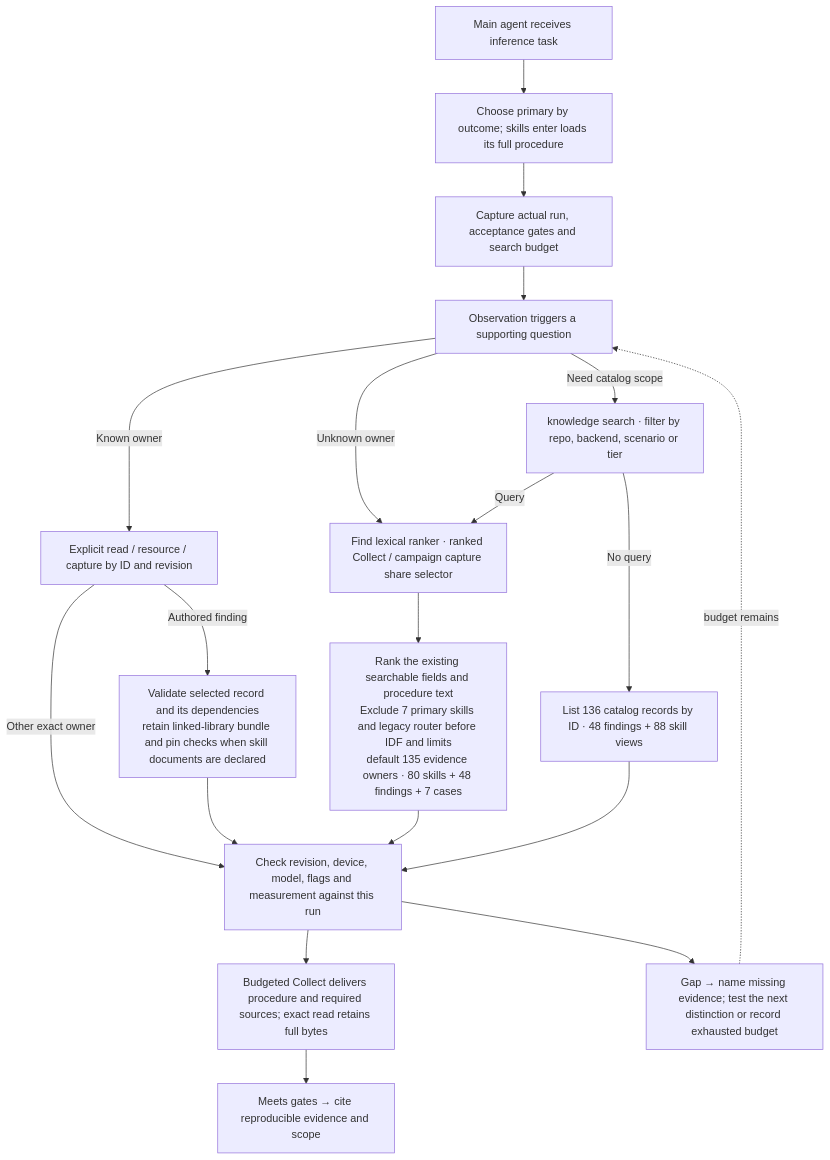
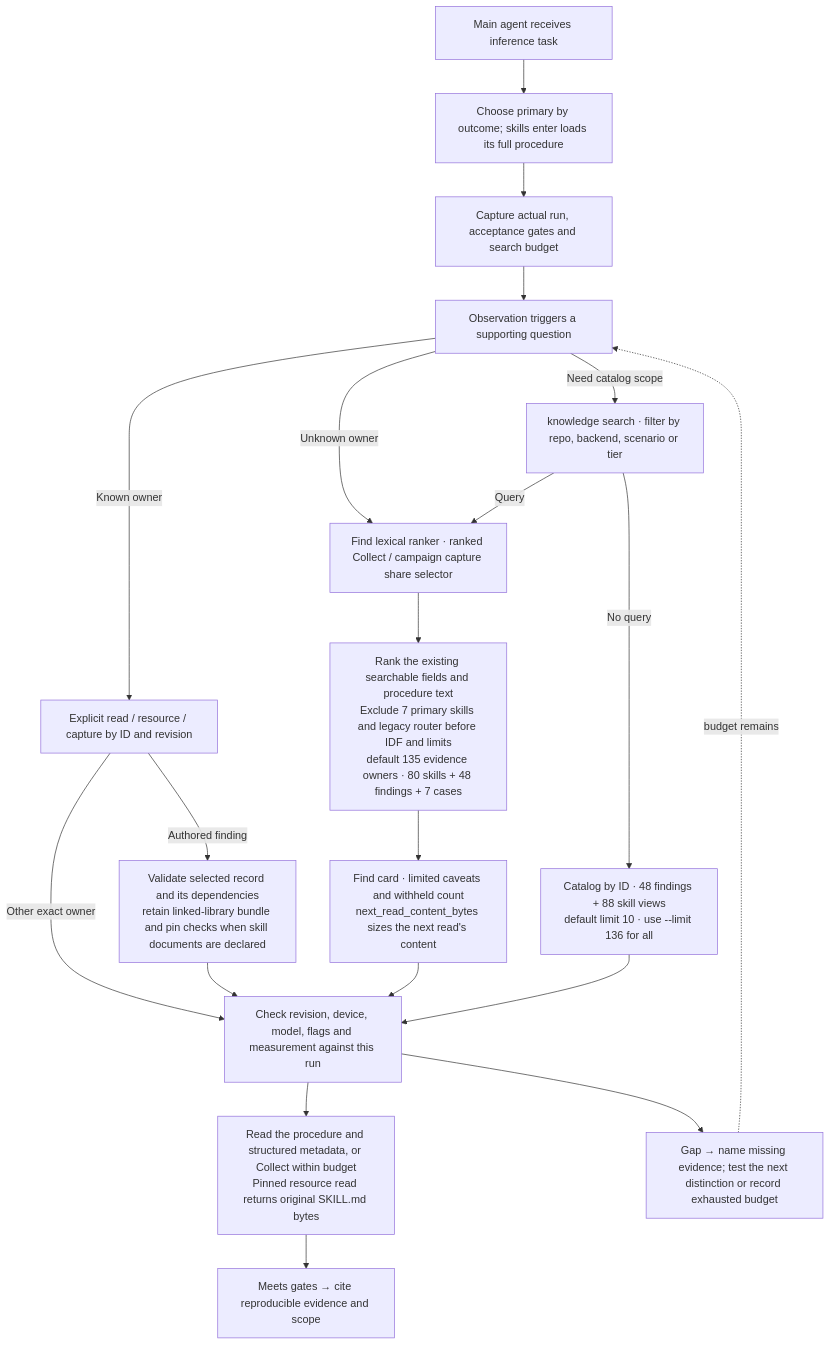
Before and after one commit to InferMatrixLab/InferRSI: the third of 4 diagrams in docs/knowledge-layout.md, drawn with Mermaid. The commit also changed other lines of this file and 16 other files, not shown here.

Commit message:
Bound Find cards and deliver verifiable skill procedures on material reads

````diff
--- a/docs/knowledge-layout.md
+++ b/docs/knowledge-layout.md
@@ -48,19 +48,20 @@
 ```mermaid
 flowchart TB
     Q["Main agent receives inference task"] --> P["Choose primary by outcome; skills enter loads its full procedure"]
     P --> R["Capture actual run, acceptance gates and search budget"]
     R --> D["Observation triggers a supporting question"]
     D -->|Known owner| I["Explicit read / resource / capture by ID and revision"]
     D -->|Unknown owner| F["Find lexical ranker · ranked Collect / campaign capture share selector"]
     D -->|Need catalog scope| C["knowledge search · filter by repo, backend, scenario or tier"]
     C -->|Query| F
-    C -->|No query| B["List 136 catalog records by ID · 48 findings + 88 skill views"]
+    C -->|No query| B["Catalog by ID · 48 findings + 88 skill views<br/>default limit 10 · use --limit 136 for all"]
     F --> A["Rank the existing searchable fields and procedure text<br/>Exclude 7 primary skills and legacy router before IDF and limits<br/>default 135 evidence owners · 80 skills + 48 findings + 7 cases"]
     I -->|Authored finding| E["Validate selected record and its dependencies<br/>retain linked-library bundle and pin checks when skill documents are declared"]
     I -->|Other exact owner| V["Check revision, device, model, flags and measurement against this run"]
-    E & A & B --> V
-    V --> Z["Budgeted Collect delivers procedure and required sources; exact read retains full bytes"]
+    A --> H["Find card · limited caveats and withheld count<br/>next_read_content_bytes sizes the next read's content"]
+    E & H & B --> V
+    V --> Z["Read the procedure and structured metadata, or Collect within budget<br/>Pinned resource read returns original SKILL.md bytes"]
     Z --> X["Meets gates → cite reproducible evidence and scope"]
     V --> G["Gap → name missing evidence; test the next distinction or record exhausted budget"]
     G -.->|budget remains| D
 ```
````
